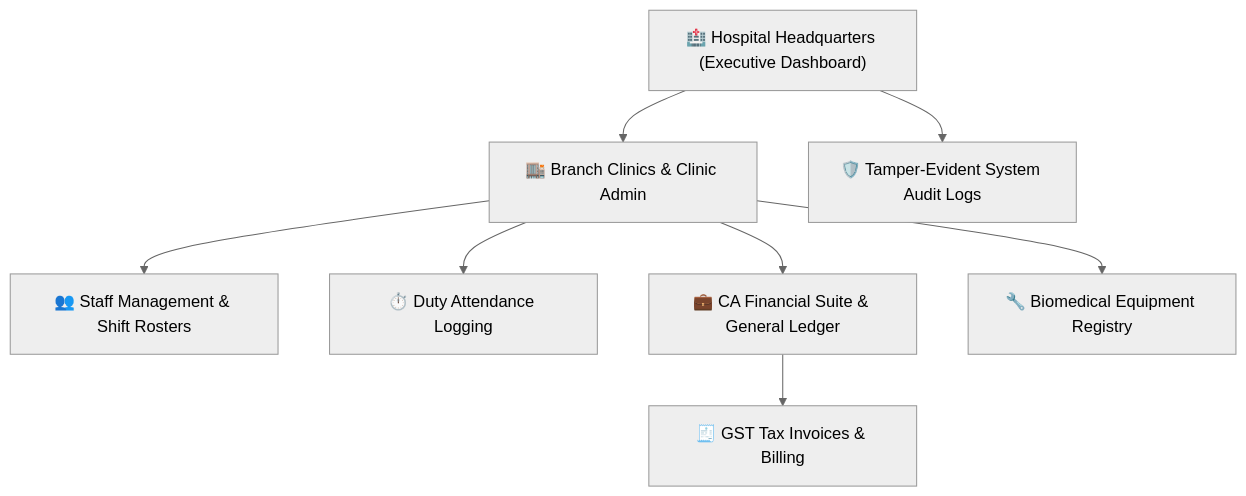
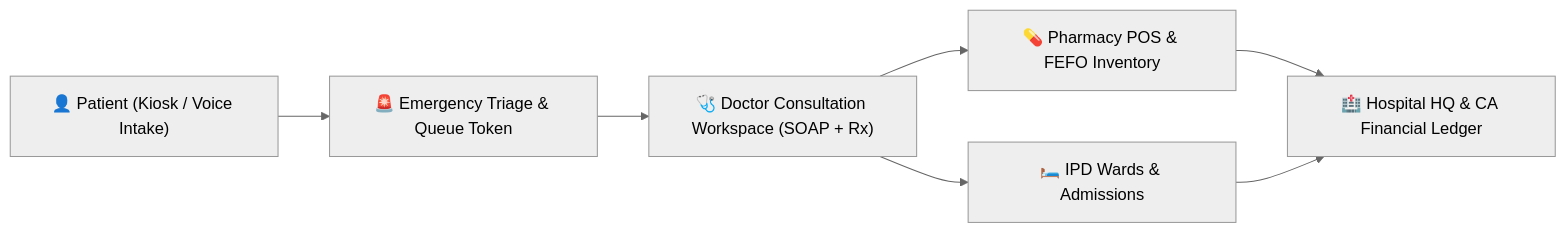
Before and after one commit to Experienced0207/jeevika-temp: the diagram in README.md, drawn with Mermaid (neutral theme). The commit also changed other lines of this file and 12 other files, not shown here.

First line of the commit message:
feat(clinical): integrate clinical care workspace, patient kiosk, emergency triage, and pharmacy POS inventory

````diff
--- a/README.md
+++ b/README.md
@@ -25,10 +26,9 @@
 ```mermaid
-flowchart TD
-    HQ["🏥 Hospital Headquarters (Executive Dashboard)"] --> Clinics["🏬 Branch Clinics & Clinic Admin"]
-    Clinics --> Staff["👥 Staff Management & Shift Rosters"]
-    Clinics --> Attendance["⏱️ Duty Attendance Logging"]
-    Clinics --> Finance["💼 CA Financial Suite & General Ledger"]
-    Clinics --> Equipment["🔧 Biomedical Equipment Registry"]
-    Finance --> Invoicing["🧾 GST Tax Invoices & Billing"]
-    HQ --> Audit["🛡️ Tamper-Evident System Audit Logs"]
+flowchart LR
+    P["👤 Patient (Kiosk / Voice Intake)"] --> T["🚨 Emergency Triage & Queue Token"]
+    T --> D["🩺 Doctor Consultation Workspace (SOAP + Rx)"]
+    D --> PH["💊 Pharmacy POS & FEFO Inventory"]
+    D --> IPD["🛏️ IPD Wards & Admissions"]
+    PH --> HQ["🏥 Hospital HQ & CA Financial Ledger"]
+    IPD --> HQ
 ```
````
